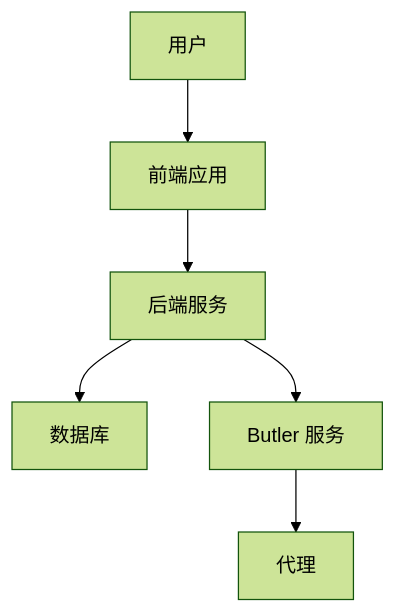
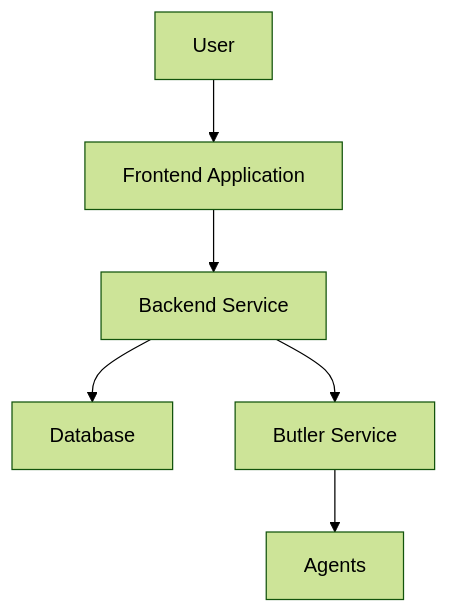
One commit to L-Rocket/EchoCenter changed the diagram in docs/architecture/overview.md. Above: the diagram before and after it, drawn with Mermaid (forest theme). The commit also changed other lines of this file and 21 other files, not shown here.

````diff
--- a/docs/architecture/overview.md
+++ b/docs/architecture/overview.md
@@ -40,8 +40,8 @@
 ```mermaid
 graph TD
-    A[用户] --> B[前端应用]
-    B --> C[后端服务]
-    C --> D[数据库]
-    C --> E[Butler 服务]
-    E --> F[代理]
+    A[User] --> B[Frontend Application]
+    B --> C[Backend Service]
+    C --> D[Database]
+    C --> E[Butler Service]
+    E --> F[Agents]
 ```
````
